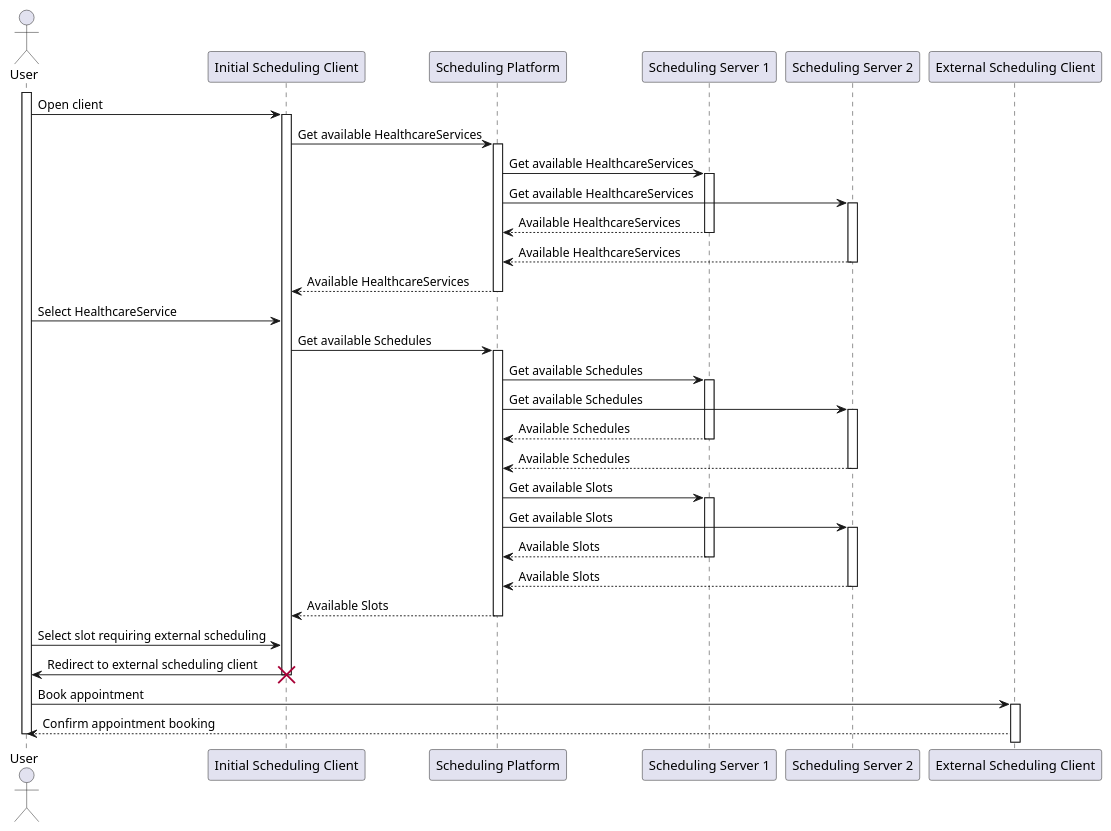
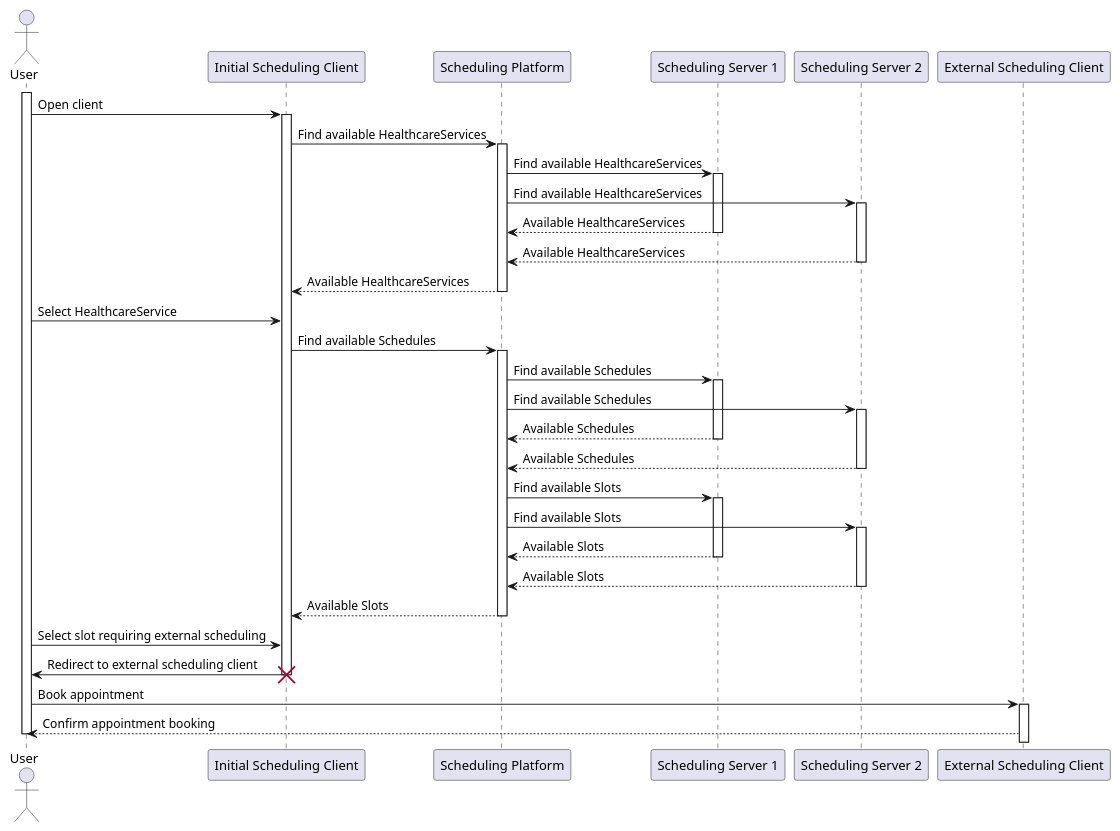
Before and after one commit to HL7Austria/TC-FHIR-AG-Scheduling-R5: the diagram in input/images/scenarios/sequence-platform-external.plantuml, drawn with PlantUML. The commit also changed 1 other file, not shown here.

```diff
--- a/input/images/scenarios/sequence-platform-external.plantuml
+++ b/input/images/scenarios/sequence-platform-external.plantuml
@@ -1,58 +1,58 @@
 @startuml
 actor User as user
 participant "Initial Scheduling Client" as client
 participant "Scheduling Platform" as platform
 participant "Scheduling Server 1" as schedServ1
 participant "Scheduling Server 2" as schedServ2
 participant "External Scheduling Client" as clientExternal
 
 activate user
 user -> client: Open client
 activate client
-client -> platform: Get available HealthcareServices
+client -> platform: Find available HealthcareServices
 activate platform
-platform -> schedServ1: Get available HealthcareServices
+platform -> schedServ1: Find available HealthcareServices
 activate schedServ1
-platform -> schedServ2: Get available HealthcareServices
+platform -> schedServ2: Find available HealthcareServices
 activate schedServ2
 schedServ1 ---> platform: Available HealthcareServices
 deactivate schedServ1
 schedServ2 ---> platform: Available HealthcareServices
 deactivate schedServ2
 platform ---> client: Available HealthcareServices
 deactivate platform
 
 user -> client: Select HealthcareService
-client -> platform: Get available Schedules
+client -> platform: Find available Schedules
 activate platform
-platform -> schedServ1: Get available Schedules
+platform -> schedServ1: Find available Schedules
 activate schedServ1
-platform -> schedServ2: Get available Schedules
+platform -> schedServ2: Find available Schedules
 activate schedServ2
 schedServ1 ---> platform: Available Schedules
 deactivate schedServ1
 schedServ2 ---> platform: Available Schedules
 deactivate schedServ2
 
-platform -> schedServ1: Get available Slots
+platform -> schedServ1: Find available Slots
 activate schedServ1
-platform -> schedServ2: Get available Slots
+platform -> schedServ2: Find available Slots
 activate schedServ2
 schedServ1 ---> platform: Available Slots
 deactivate schedServ1
 schedServ2 ---> platform: Available Slots
 deactivate schedServ2
 platform ---> client: Available Slots
 deactivate platform
 
 user -> client: Select slot requiring external scheduling
 client -> user: Redirect to external scheduling client
 destroy client
 
 user -> clientExternal: Book appointment
 activate clientExternal
 clientExternal ---> user: Confirm appointment booking
 
 deactivate client
 deactivate user
 @enduml
```
